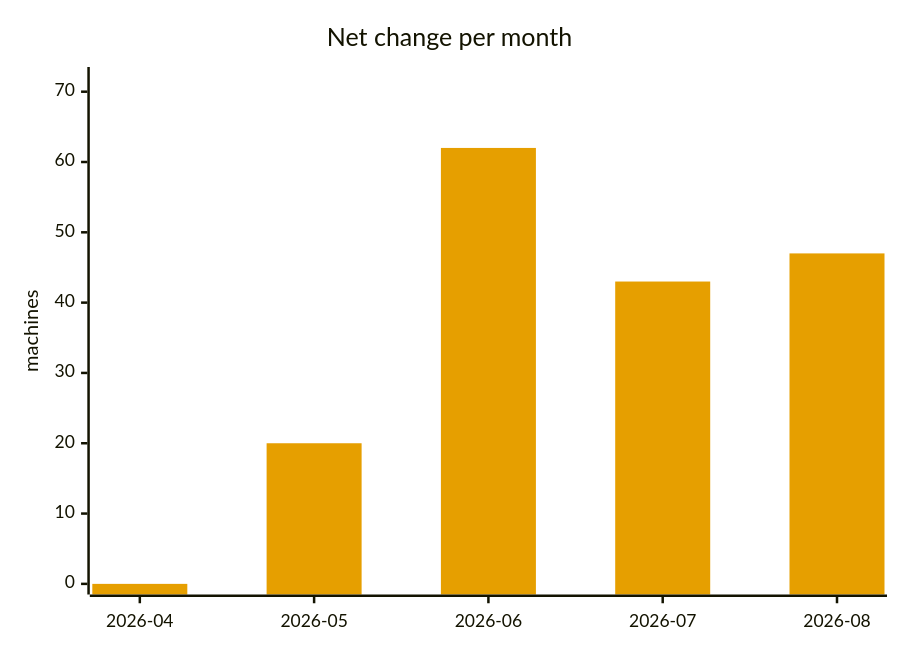
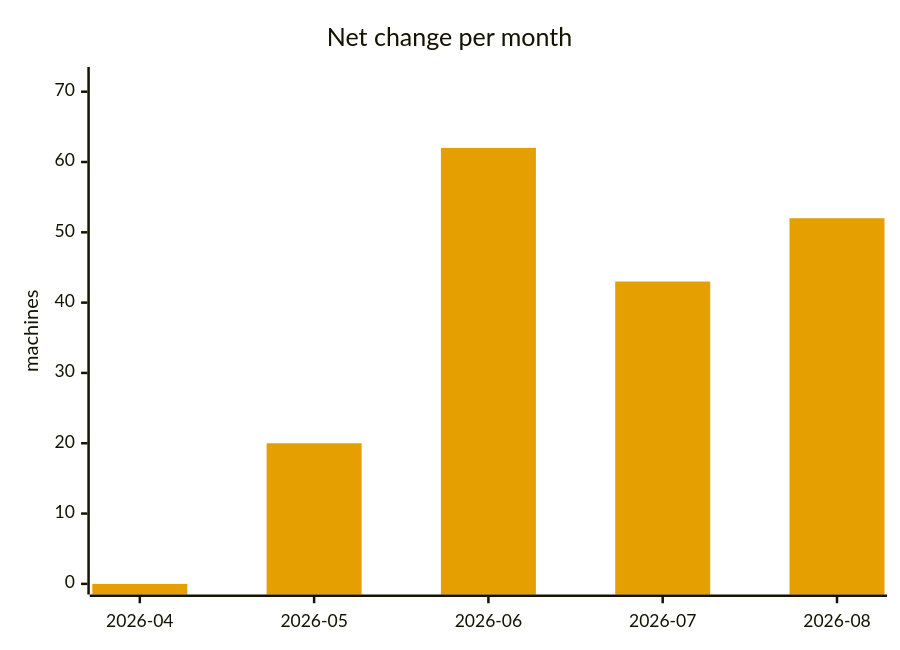
Before and after one commit to cheeaun/returnright-data: the seventh of 7 diagrams in ANALYSIS.md, drawn with Mermaid. The commit also changed other lines of this file and 3 other files, not shown here.

````diff
--- a/ANALYSIS.md
+++ b/ANALYSIS.md
@@ -300,13 +300,13 @@
 ```mermaid
 ---
 config:
   themeVariables:
     xyChart:
       plotColorPalette: "#E69F00"
 ---
 xychart-beta
     title "Net change per month"
     x-axis ["2026-04", "2026-05", "2026-06", "2026-07", "2026-08"]
     y-axis "machines" 0 --> 72
-    bar [0, 20, 62, 43, 47]
+    bar [0, 20, 62, 43, 52]
 ```
````
